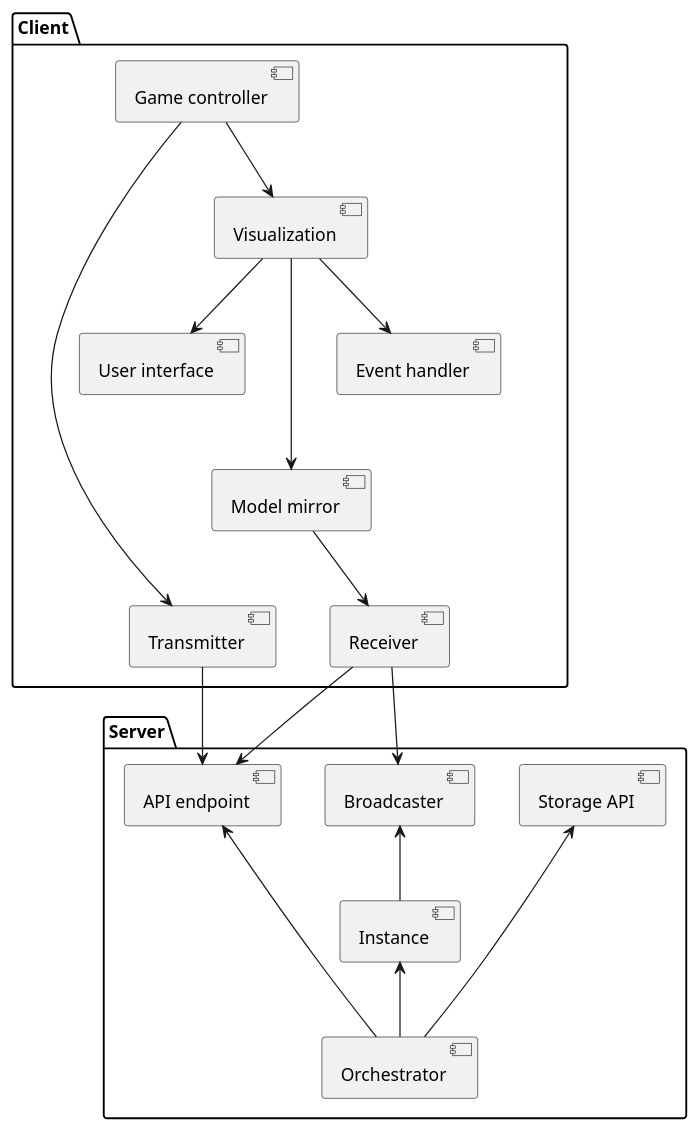
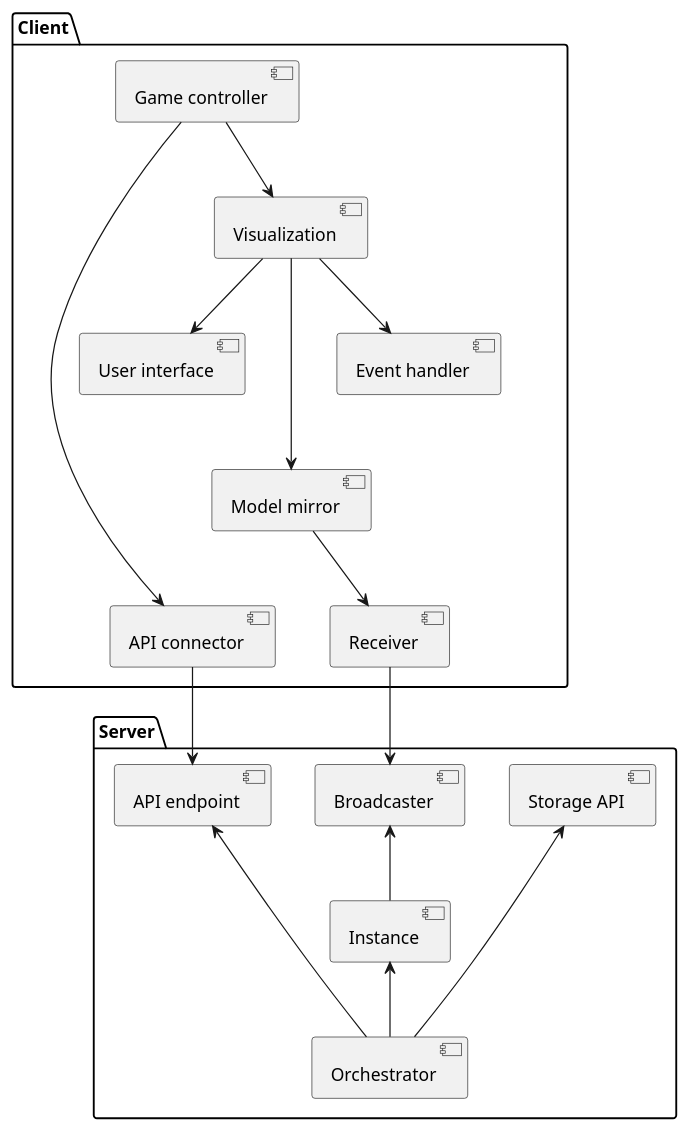
Before and after one commit to SWA-group-1/PlantUML: the diagram in Development/Component.puml, drawn with PlantUML. The commit also changed 1 other file, not shown here.

```diff
--- a/Development/Component.puml
+++ b/Development/Component.puml
@@ -1,48 +1,47 @@
 @startuml
 'https://plantuml.com/component-diagram
 
 package "Server" {
-    component "API endpoint" as api
+    component "API endpoint" as endpoint
     component "Broadcaster" as broadcaster
     component "Instance" as instance
     component "Orchestrator" as orchestrator
     component "Storage API" as storage
 
-    orchestrator -up-> api
+    orchestrator -up-> endpoint
     orchestrator -up-> instance
     orchestrator -up-> storage
-    instance -[hidden]up-> api
+    instance -[hidden]up-> endpoint
     instance -up-> broadcaster
     instance -[hidden]up-> storage
 }
 
 package "Client" {
     component "Event handler" as event
     component "Game controller" as controller
     component "Model mirror" as model
     component "Receiver" as receiver
-    component "Transmitter" as transmitter
+    component "API connector" as connector
     component "Visualization" as visualization
     component "User interface" as ui
 
     controller -down-> visualization
-    controller -down-> transmitter
+    controller -down-> connector
     visualization -[hidden]down-> receiver
     visualization -down-> event
     visualization -down-> ui
     visualization -down-> model
     event -[hidden]-> model
     event -[hidden]-> receiver
-    event -[hidden]-> transmitter
+    event -[hidden]-> connector
     ui -[hidden]-> model
     ui -[hidden]-> receiver
-    ui -[hidden]-> transmitter
-    model -[hidden]-> transmitter
+    ui -[hidden]-> connector
+    model -[hidden]-> connector
     model --> receiver
 }
 
-receiver --> api
 receiver --> broadcaster
-transmitter --> api
+connector --> endpoint
 
 @enduml
```
